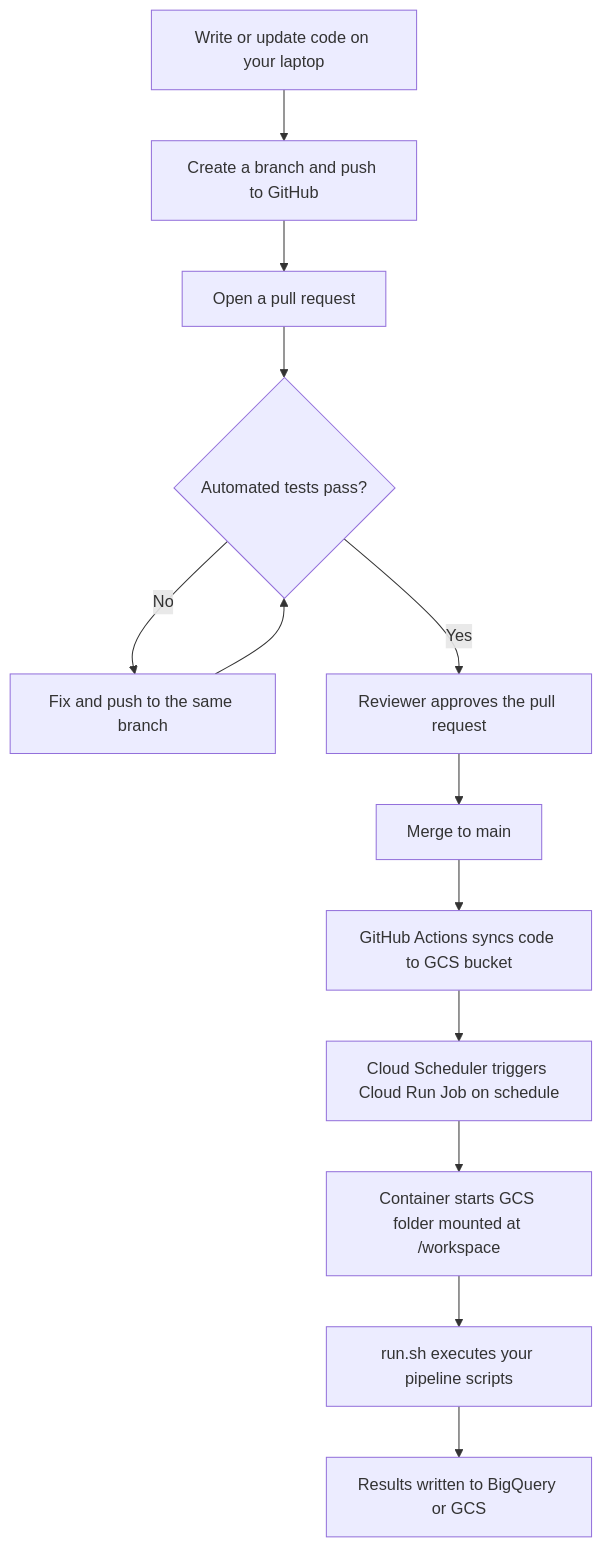
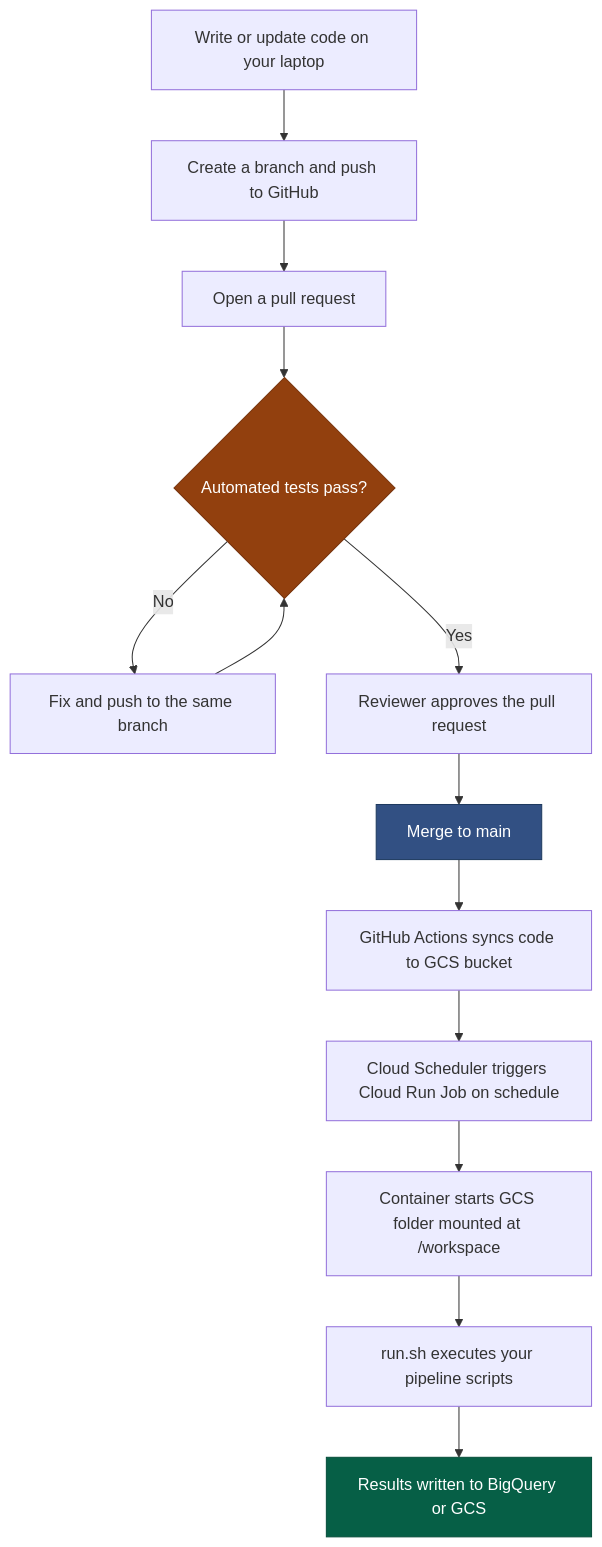
Before and after one commit to Ch3w3y/docker_gcp: the first of 3 diagrams in docs/architecture.md, drawn with Mermaid. The commit also changed other lines of this file, not shown here.

First line of the commit message:
fix(a11y): add node styles to architecture.md diagrams

````diff
--- a/docs/architecture.md
+++ b/docs/architecture.md
@@ -232,15 +232,18 @@
 ```mermaid
 flowchart TD
     A[Write or update code on your laptop] --> B[Create a branch and push to GitHub]
     B --> C[Open a pull request]
     C --> D{Automated tests pass?}
     D -- No --> E[Fix and push to the same branch]
     E --> D
     D -- Yes --> F[Reviewer approves the pull request]
     F --> G[Merge to main]
     G --> H[GitHub Actions syncs code to GCS bucket]
     H --> I[Cloud Scheduler triggers Cloud Run Job on schedule]
     I --> J[Container starts GCS folder mounted at /workspace]
     J --> K[run.sh executes your pipeline scripts]
     K --> L[Results written to BigQuery or GCS]
+    style D fill:#92400e,stroke:#78350f,color:#ffffff
+    style G fill:#325083,stroke:#1e3a5f,color:#ffffff
+    style L fill:#065f46,stroke:#064e3b,color:#ffffff
 ```
````
